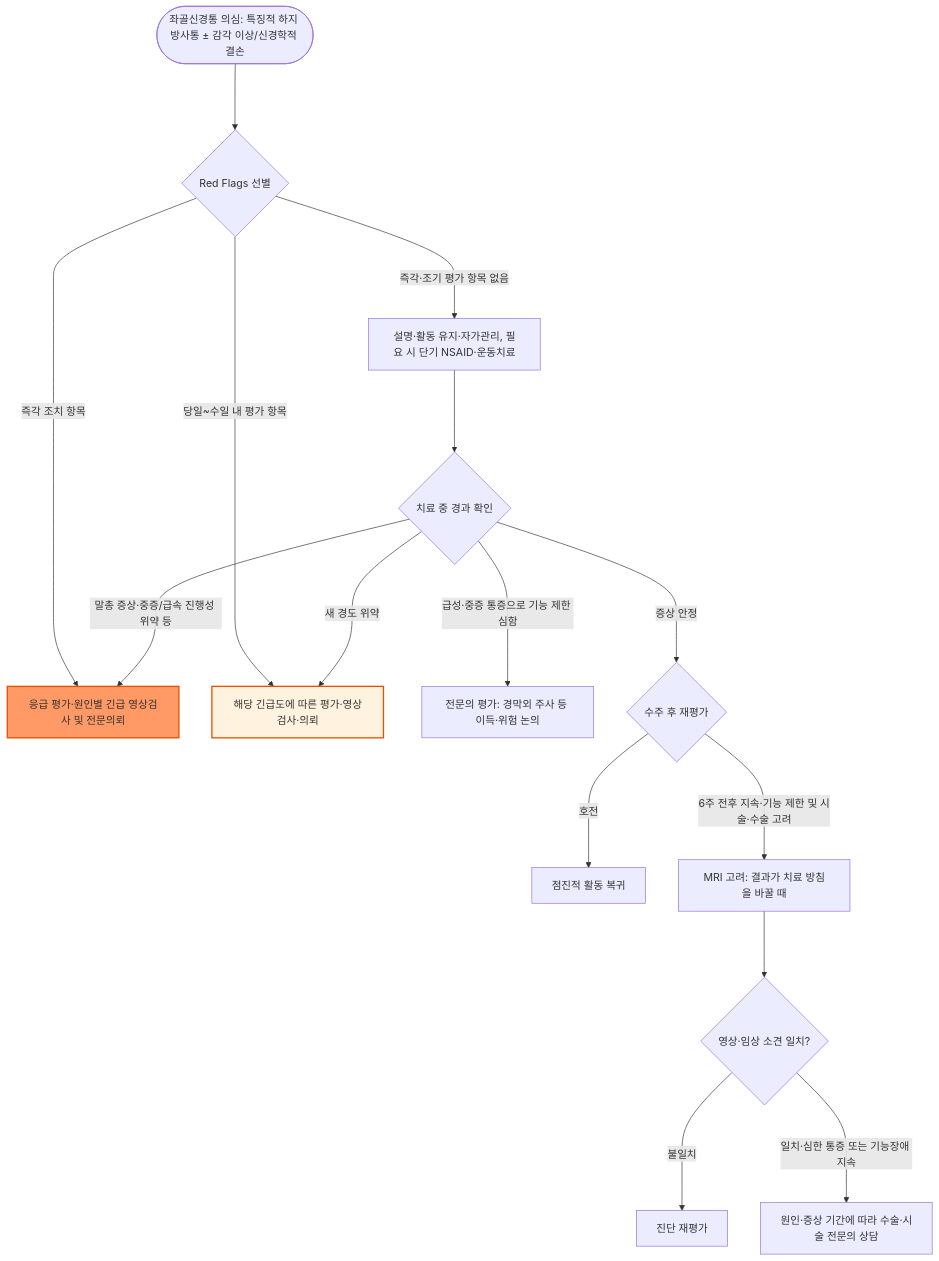
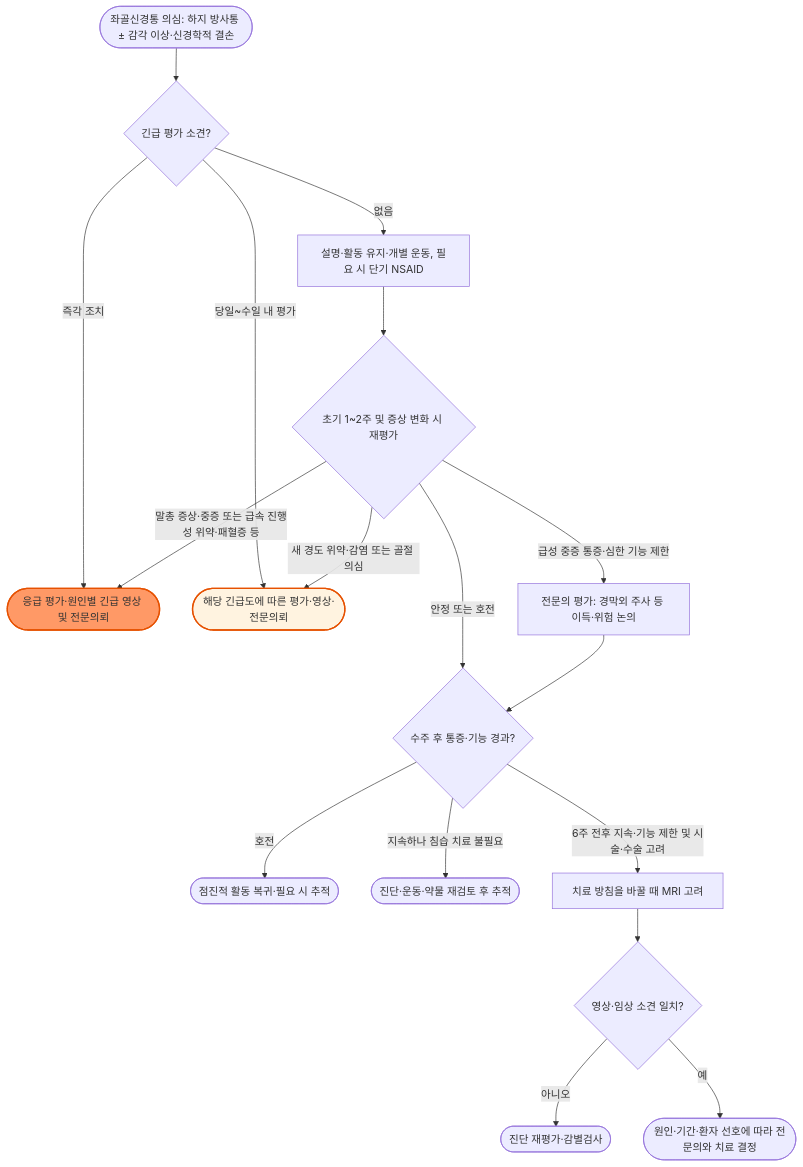
Before and after one commit to familyoh77/familyoh77: the diagram in 228_/138_-sciatica.md, drawn with Mermaid. The commit also changed other lines of this file and 9 other files, not shown here.

````diff
--- a/228_/138_-sciatica.md
+++ b/228_/138_-sciatica.md
@@ -114,19 +120,21 @@
 ```mermaid
-graph TD
-    A(["좌골신경통 의심: 특징적 하지 방사통 ± 감각 이상/신경학적 결손"]) ---> B{"Red Flags 선별"}
-    B --->|즉각 조치 항목| C["응급 평가·원인별 긴급 영상검사 및 전문의뢰"]
-    B --->|당일~수일 내 평가 항목| D["해당 긴급도에 따른 평가·영상검사·의뢰"]
-    B --->|즉각·조기 평가 항목 없음| E["설명·활동 유지·자가관리, 필요 시 단기 NSAID·운동치료"]
-    E ---> F{"치료 중 경과 확인"}
-    F --->|말총 증상·중증/급속 진행성 위약 등| C
-    F --->|새 경도 위약| D
-    F --->|급성·중증 통증으로 기능 제한 심함| K["전문의 평가: 경막외 주사 등 이득·위험 논의"]
-    F --->|증상 안정| G{"수주 후 재평가"}
-    G --->|호전| L["점진적 활동 복귀"]
-    G --->|6주 전후 지속·기능 제한 및 시술·수술 고려| H["MRI 고려: 결과가 치료 방침을 바꿀 때"]
-    H ---> I{"영상·임상 소견 일치?"}
-    I --->|불일치| M["진단 재평가"]
-    I --->|일치·심한 통증 또는 기능장애 지속| J["원인·증상 기간에 따라 수술·시술 전문의 상담"]
+flowchart TD
+    A(["좌골신경통 의심: 하지 방사통 ± 감각 이상·신경학적 결손"]) --> B{"긴급 평가 소견?"}
+    B -->|즉각 조치| C(["응급 평가·원인별 긴급 영상 및 전문의뢰"])
+    B -->|당일~수일 내 평가| D(["해당 긴급도에 따른 평가·영상·전문의뢰"])
+    B -->|없음| E["설명·활동 유지·개별 운동, 필요 시 단기 NSAID"]
+    E --> F{"초기 1~2주 및 증상 변화 시 재평가"}
+    F -->|말총 증상·중증 또는 급속 진행성 위약·패혈증 등| C
+    F -->|새 경도 위약·감염 또는 골절 의심| D
+    F -->|급성 중증 통증·심한 기능 제한| K["전문의 평가: 경막외 주사 등 이득·위험 논의"]
+    F -->|안정 또는 호전| G{"수주 후 통증·기능 경과?"}
+    K --> G
+    G -->|호전| L(["점진적 활동 복귀·필요 시 추적"])
+    G -->|지속하나 침습 치료 불필요| N(["진단·운동·약물 재검토 후 추적"])
+    G -->|6주 전후 지속·기능 제한 및 시술·수술 고려| H["치료 방침을 바꿀 때 MRI 고려"]
+    H --> I{"영상·임상 소견 일치?"}
+    I -->|아니오| M(["진단 재평가·감별검사"])
+    I -->|예| J(["원인·기간·환자 선호에 따라 전문의와 치료 결정"])
     style C fill:#f96,stroke:#e65100,stroke-width:2px
     style D fill:#fff3e0,stroke:#e65100,stroke-width:2px
 ```
````
